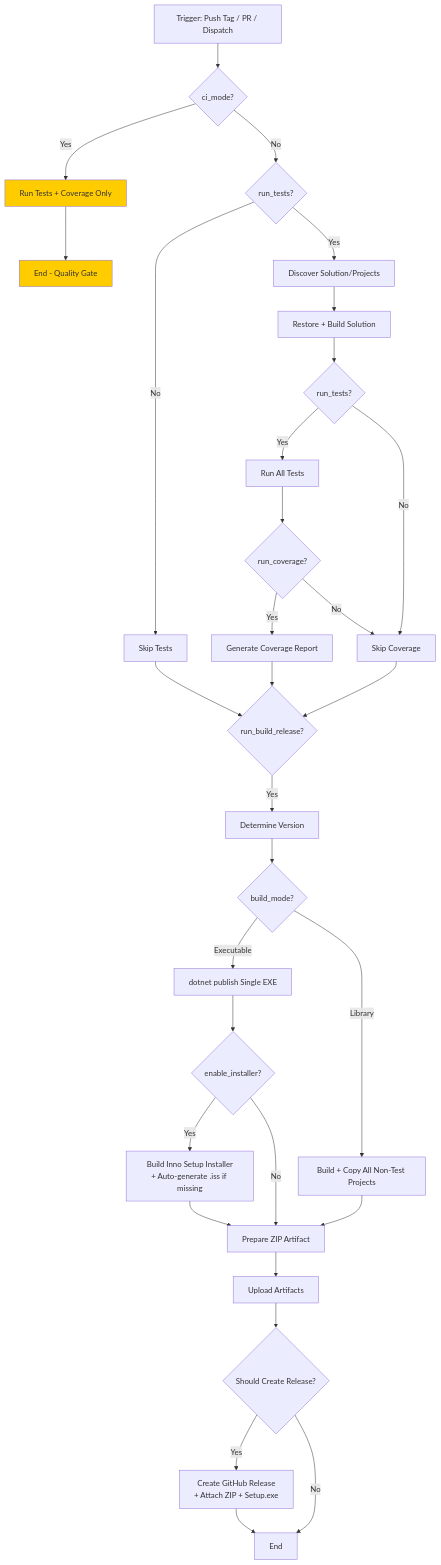
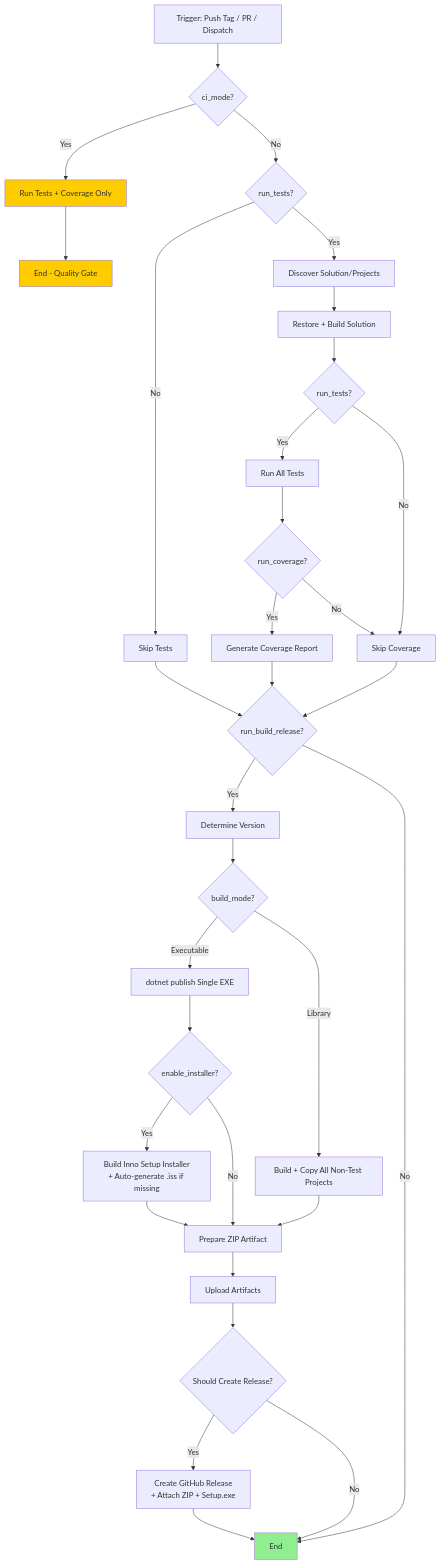
Before and after one commit to ScottyMac52/shared-github-workflows: the diagram in README.md, drawn with Mermaid. The commit also changed other lines of this file, not shown here.

First line of the commit message:
Enhance README with workflow flowchart and samples

````diff
--- a/README.md
+++ b/README.md
@@ -5,35 +5,37 @@
 ```mermaid
 flowchart TD
     A[Trigger: Push Tag / PR / Dispatch] --> B{ci_mode?}
     B -->|Yes| C[Run Tests + Coverage Only]
     B -->|No| D{run_tests?}
     D -->|No| E[Skip Tests]
     D -->|Yes| F[Discover Solution/Projects]
     F --> G[Restore + Build Solution]
     G --> H{run_tests?}
     H -->|Yes| I[Run All Tests]
     I --> J{run_coverage?}
     J -->|Yes| K[Generate Coverage Report]
     J -->|No| L[Skip Coverage]
     H -->|No| L
     C --> M[End - Quality Gate]
     K --> N{run_build_release?}
     L --> N
     E --> N
     N -->|Yes| O[Determine Version]
+    N -->|No| Y[End]
     O --> P{build_mode?}
     P -->|Executable| Q[dotnet publish Single EXE]
     P -->|Library| R[Build + Copy All Non-Test Projects]
     Q --> S{enable_installer?}
     S -->|Yes| T[Build Inno Setup Installer\n+ Auto-generate .iss if missing]
     S -->|No| U[Prepare ZIP Artifact]
     R --> U
     T --> U
     U --> V[Upload Artifacts]
     V --> W{Should Create Release?}
     W -->|Yes| X[Create GitHub Release\n+ Attach ZIP + Setup.exe]
     W -->|No| Y[End]
     X --> Y
     style C fill:#ffcc00
     style M fill:#ffcc00
+    style Y fill:#90EE90
 ```
````
